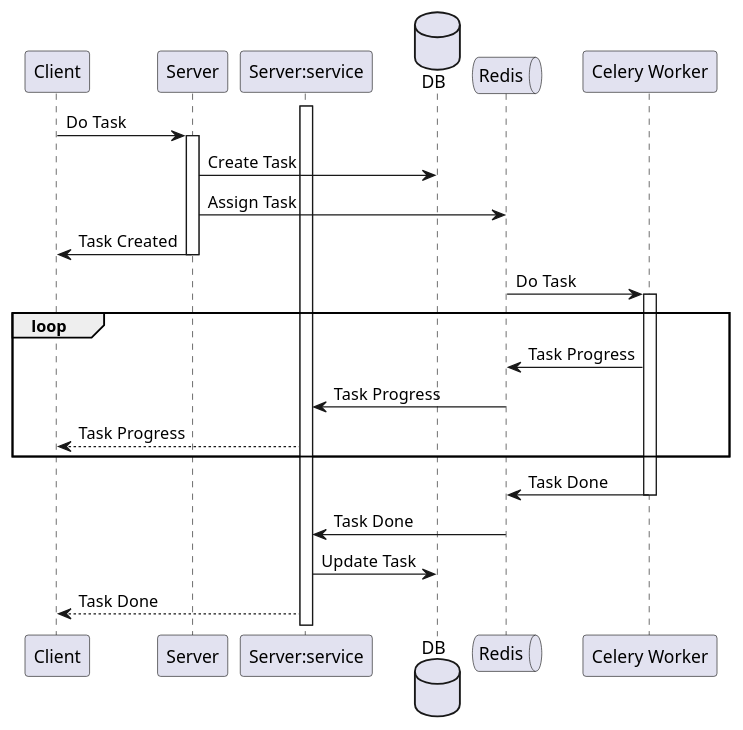
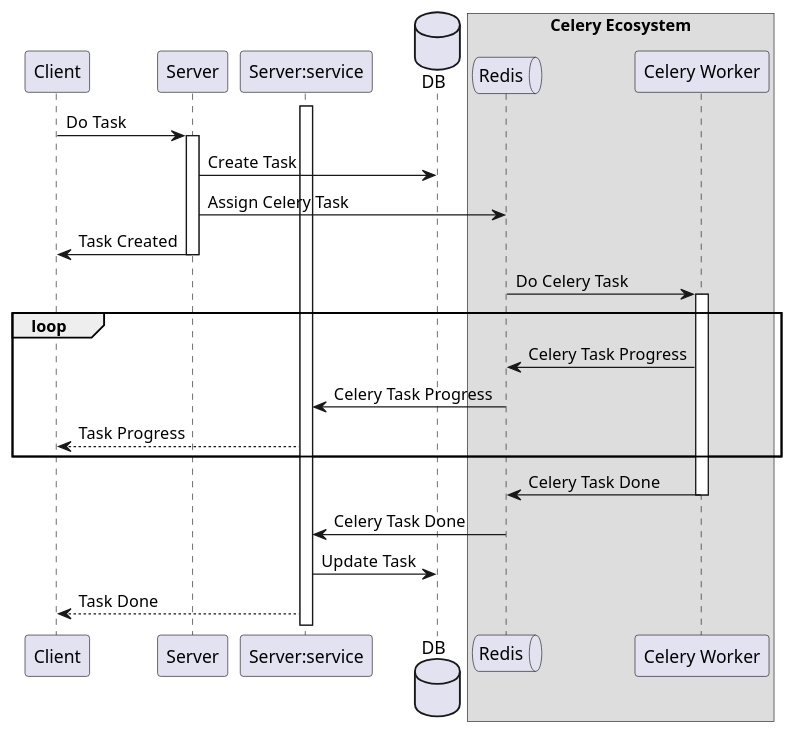
One commit to roquernemonia/Celery_postgresql_Fastapi changed the diagram in workflow.puml. Above: the diagram before and after it, drawn with PlantUML. The commit also changed 8 other files, not shown here.

```diff
--- a/workflow.puml
+++ b/workflow.puml
@@ -1,37 +1,39 @@
 @startuml Complete Services
 
 participant Client
 participant "Server" as Server
 participant "Server:service" as ServerS
 database DB
+box "Celery Ecosystem"
 queue Redis
 participant "Celery Worker" as Worker
+end box
 
 activate ServerS
 
 Client -> Server: Do Task
 activate Server
 
 Server -> DB: Create Task
-Server -> Redis: Assign Task
+Server -> Redis: Assign Celery Task
 
 Server -> Client: Task Created
 deactivate Server
 
-Worker <- Redis: Do Task
+Worker <- Redis: Do Celery Task
 activate Worker
 
 loop
-    Worker -> Redis: Task Progress
-    ServerS <- Redis: Task Progress
+    Worker -> Redis: Celery Task Progress
+    ServerS <- Redis: Celery Task Progress
     ServerS --> Client: Task Progress
 end loop
-Worker -> Redis: Task Done
+Worker -> Redis: Celery Task Done
 deactivate Worker
 
-ServerS <- Redis: Task Done
+ServerS <- Redis: Celery Task Done
 ServerS -> DB: Update Task
 ServerS --> Client: Task Done
 
 
 @enduml
```
